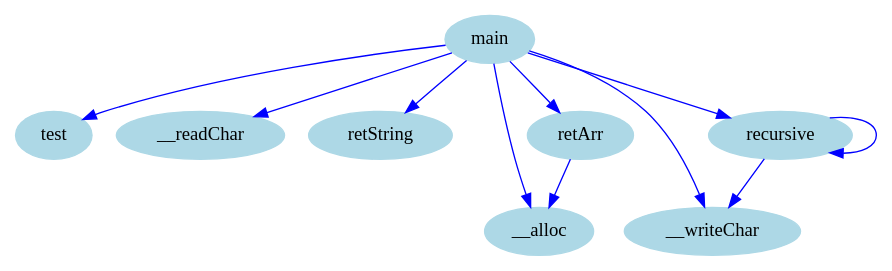
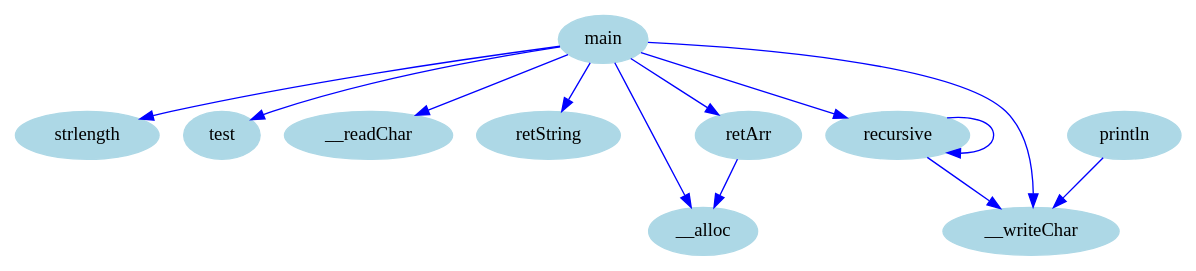
Before and after one commit to zavar152-cv/myLang-oop-compiler: the diagram in outputs/cfg/cg.dot, drawn with Graphviz. The commit also changed 11 other files, not shown here.

```diff
--- a/outputs/cfg/cg.dot
+++ b/outputs/cfg/cg.dot
@@ -1,23 +1,27 @@
 digraph CallGraph {
     node [shape=ellipse, style=filled, color=lightblue];
 
+    "strlength";
     "test";
     "__readChar";
     "retString";
     "main";
     "__alloc";
     "retArr";
+    "recursive";
     "__writeChar";
-    "recursive";
+    "println";
 
+    "main" -> "strlength" [color=blue];
     "main" -> "recursive" [color=blue];
     "main" -> "retArr" [color=blue];
     "main" -> "__alloc" [color=blue];
     "main" -> "test" [color=blue];
     "main" -> "__readChar" [color=blue];
     "main" -> "retString" [color=blue];
     "main" -> "__writeChar" [color=blue];
     "retArr" -> "__alloc" [color=blue];
     "recursive" -> "recursive" [color=blue];
     "recursive" -> "__writeChar" [color=blue];
+    "println" -> "__writeChar" [color=blue];
 }
```
